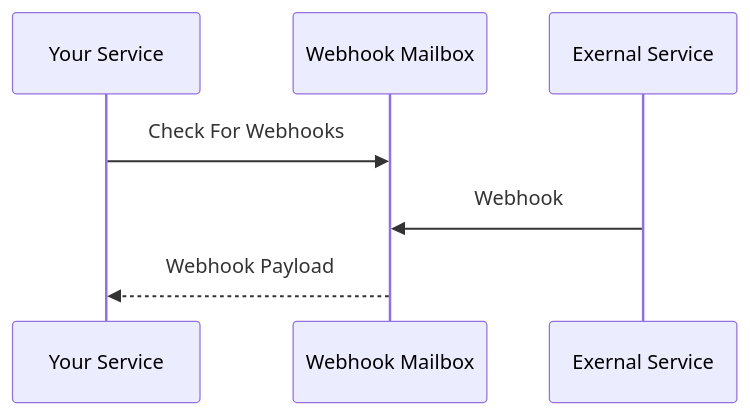
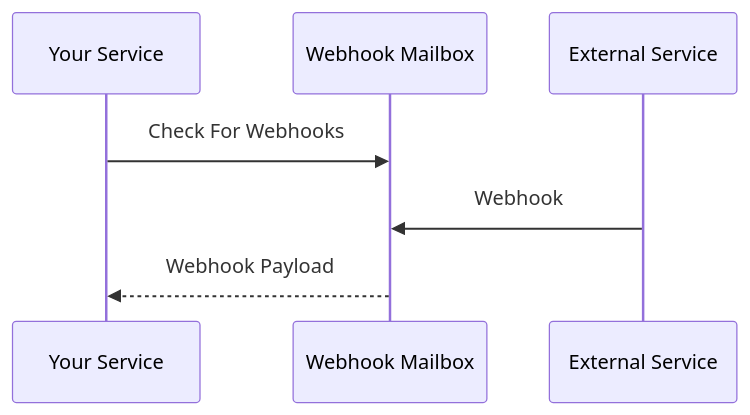
One commit to bddap/webhook-mailbox changed the diagram in README.md. Above: the diagram before and after it, drawn with Mermaid. The commit also changed other lines of this file and 7 other files, not shown here.

````diff
--- a/README.md
+++ b/README.md
@@ -3,9 +3,9 @@
 ```mermaid
 sequenceDiagram
     participant Y as Your Service
     participant W as Webhook Mailbox
-    participant E as Exernal Service
+    participant E as External Service
     Y->>W: Check For Webhooks
     E->>W: Webhook
     W-->>Y: Webhook Payload
 ```
````
